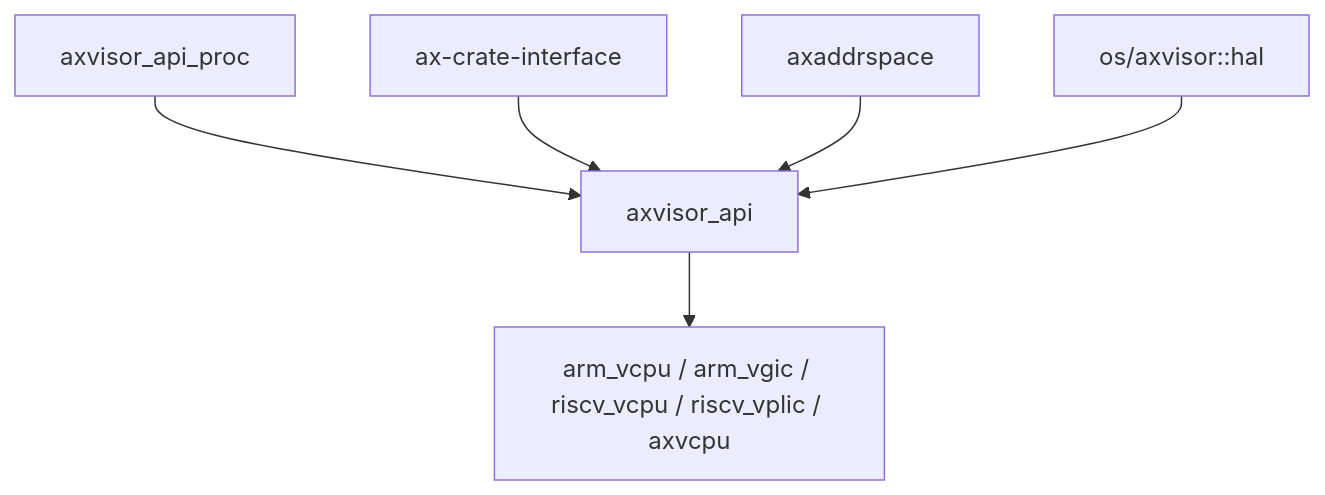
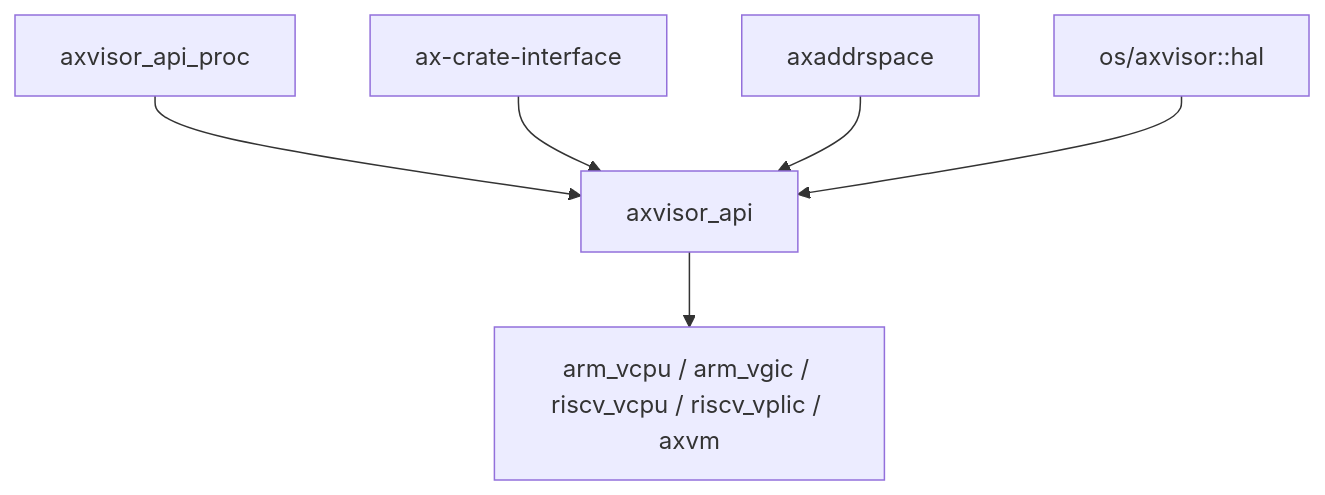
The second of 2 diagrams in docs/docs/components/crates/axvisor-api.md (rcore-os/tgoskits), drawn with Mermaid before and after one commit. The commit also changed other lines of this file and 79 other files, not shown here.

Commit message:
refactor(axvm): decouple vcpu backends

````diff
--- a/docs/docs/components/crates/axvisor-api.md
+++ b/docs/docs/components/crates/axvisor-api.md
@@ -229,8 +229,8 @@
 ```mermaid
 graph TD
     A[axvisor_api_proc] --> B[axvisor_api]
     C[ax-crate-interface] --> B
     D[axaddrspace] --> B
-    B --> E[arm_vcpu / arm_vgic / riscv_vcpu / riscv_vplic / axvcpu]
+    B --> E[arm_vcpu / arm_vgic / riscv_vcpu / riscv_vplic / axvm]
     F[os/axvisor::hal] --> B
 ```
````
